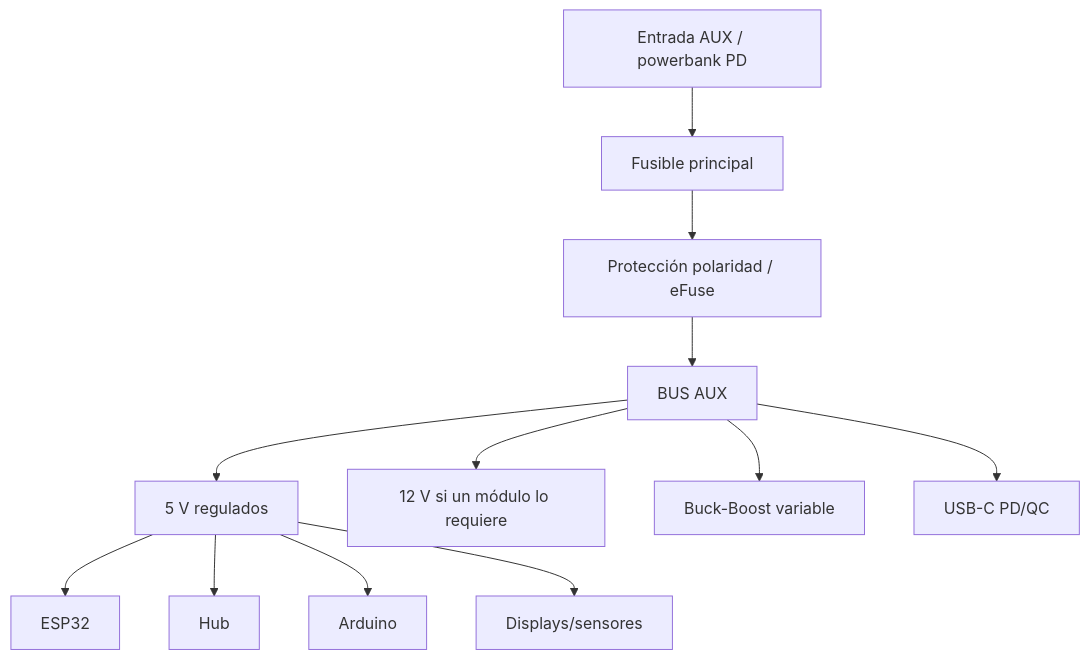
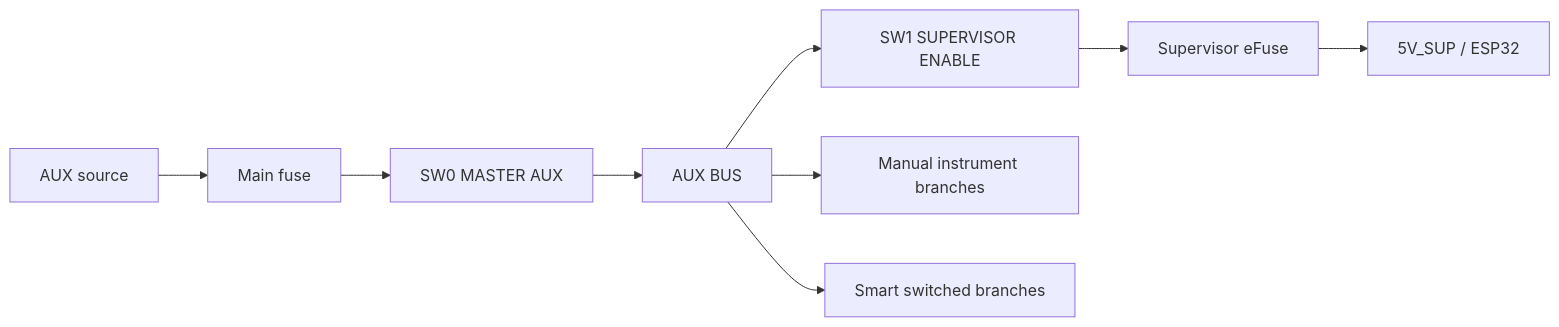
Before and after one commit to Jesus-Medina/Cyberdeck-R5-ESP32: the diagram in docs/03-electrical.md, drawn with Mermaid. The commit also changed other lines of this file, not shown here.

Commit message:
docs: add hard-off supervisor switch and smart power backplane

````diff
--- a/docs/03-electrical.md
+++ b/docs/03-electrical.md
@@ -39,22 +19,13 @@
 ```mermaid
-flowchart TB
-    IN["Entrada AUX / powerbank PD"]
-    FUSE["Fusible principal"]
-    REV["Protección polaridad / eFuse"]
-    BUS["BUS AUX"]
-    V5["5 V regulados"]
-    V12["12 V si un módulo lo requiere"]
-    LAB["Buck-Boost variable"]
-    PD["USB-C PD/QC"]
+flowchart LR
+    SRC["AUX source"] --> F["Main fuse"]
+    F --> SW0["SW0 MASTER AUX"]
+    SW0 --> BUS["AUX BUS"]
 
-    IN --> FUSE --> REV --> BUS
-    BUS --> V5
-    BUS --> V12
-    BUS --> LAB
-    BUS --> PD
+    BUS --> SW1["SW1 SUPERVISOR ENABLE"]
+    SW1 --> EF["Supervisor eFuse"]
+    EF --> SUP["5V_SUP / ESP32"]
 
-    V5 --> ESP["ESP32"]
-    V5 --> HUB["Hub"]
-    V5 --> ARD["Arduino"]
-    V5 --> OLED["Displays/sensores"]
+    BUS --> MAN["Manual instrument branches"]
+    BUS --> SMART["Smart switched branches"]
 ```
````
